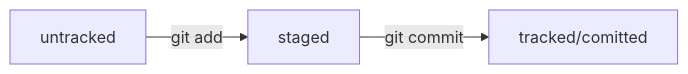
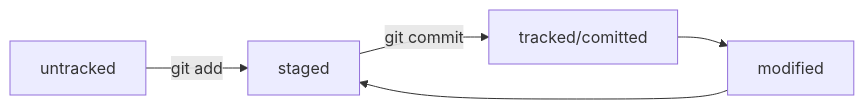
Before and after one commit to InGOwned/first-practice: the diagram in readme.md, drawn with Mermaid.

Commit message:
Проверить граф

````diff
--- a/readme.md
+++ b/readme.md
@@ -48,7 +48,9 @@
 ```mermaid
 %% Жизненный цикл файла в Git
 
 graph LR;
   untracked -- "git add" --> staged;
   staged    -- "git commit"     --> tracked/comitted;
+  tracked/comitted --> modified
+  modified --> staged
 ```
````
